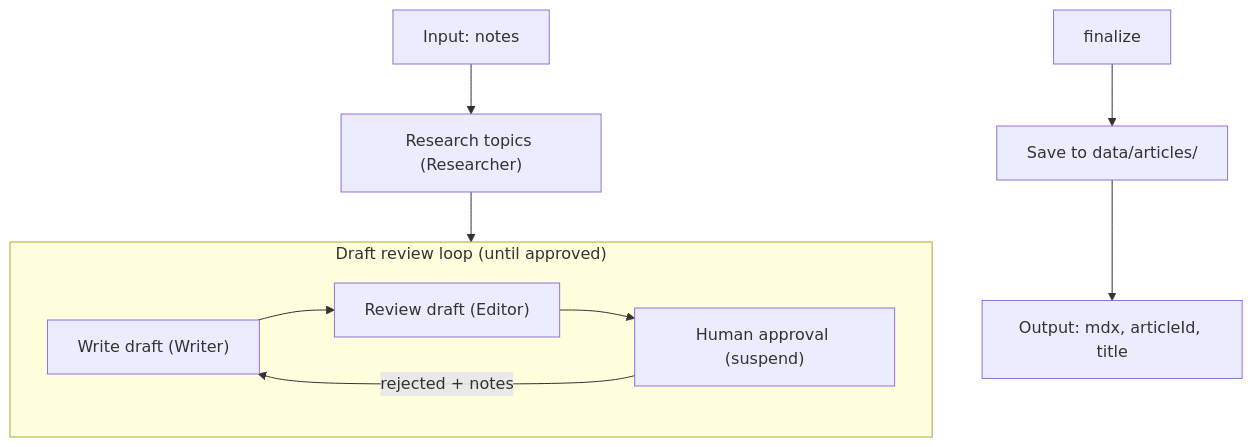
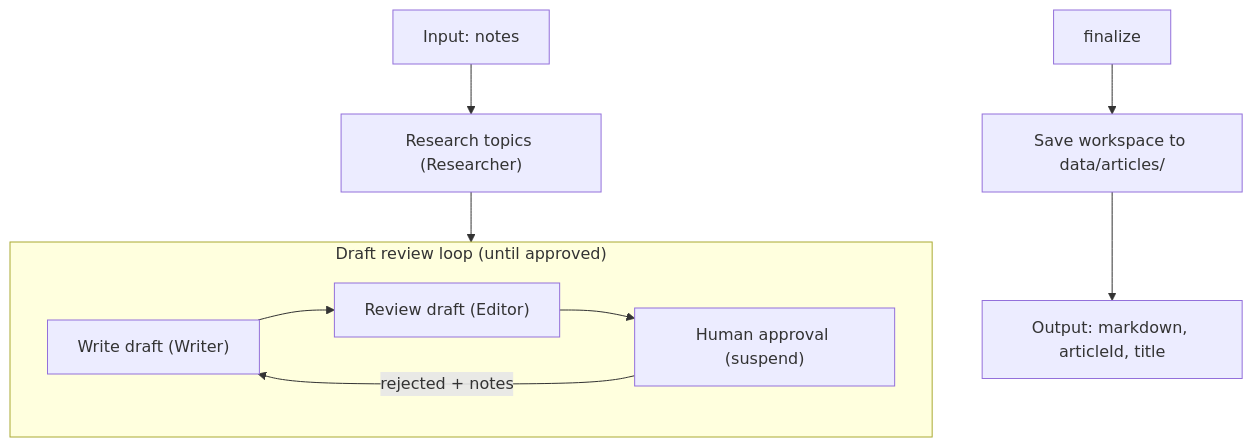
One commit to foxbit19/agentic-writer changed the first of 2 diagrams in docs/workflows.md. Above: the diagram before and after it, drawn with Mermaid. The commit also changed other lines of this file and 3 other files, not shown here.

````diff
--- a/docs/workflows.md
+++ b/docs/workflows.md
@@ -14,16 +14,16 @@
 ```mermaid
 flowchart TD
     input["Input: notes"] --> research["Research topics (Researcher)"]
     research --> draftLoop
 
     subgraph draftLoop ["Draft review loop (until approved)"]
         write["Write draft (Writer)"]
         review["Review draft (Editor)"]
         approve["Human approval (suspend)"]
         write --> review --> approve
         approve -->|"rejected + notes"| write
     end
 
-    finalize --> output["Save to data/articles/"]
-    output --> result["Output: mdx, articleId, title"]
+    finalize --> output["Save workspace to data/articles/"]
+    output --> result["Output: markdown, articleId, title"]
 ```
````
